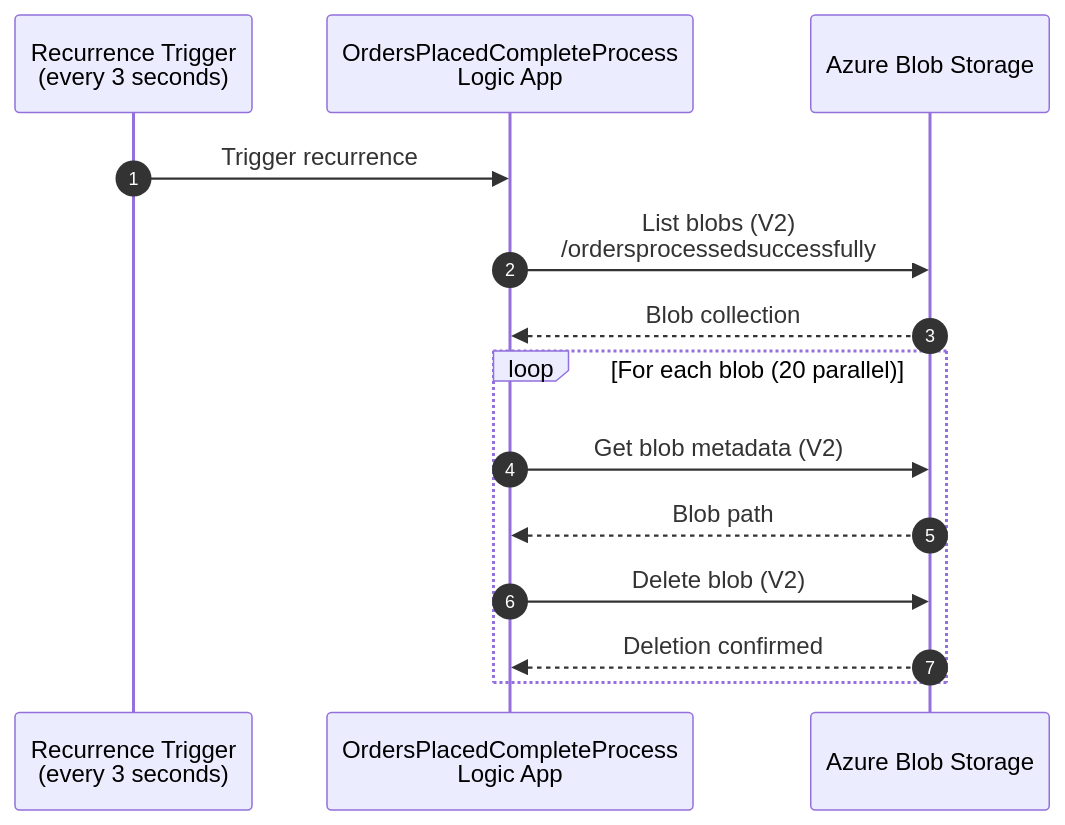
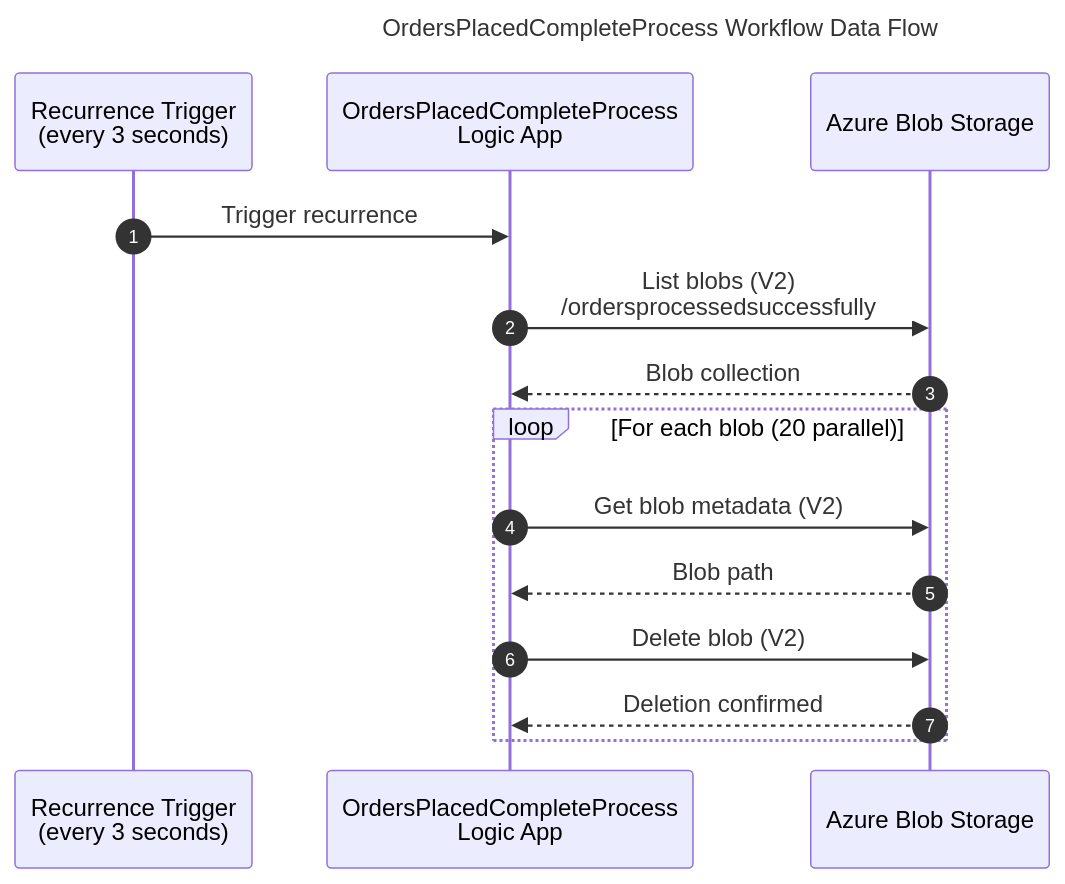
One commit to Evilazaro/Azure-LogicApps-Monitoring changed the fifth of 9 diagrams in docs/architecture/02-data-architecture.md. Above: the diagram before and after it, drawn with Mermaid. The commit also changed other lines of this file, not shown here.

Commit message:
docs: Add titles and enhance styling for mermaid diagrams in data architecture documentation for improved clarity and organization

````diff
--- a/docs/architecture/02-data-architecture.md
+++ b/docs/architecture/02-data-architecture.md
@@ -211,18 +248,24 @@
 ```mermaid
+---
+title: OrdersPlacedCompleteProcess Workflow Data Flow
+---
 sequenceDiagram
     autonumber
+    %% ===== PARTICIPANTS =====
     participant Timer as Recurrence Trigger<br/>(every 3 seconds)
     participant LA as OrdersPlacedCompleteProcess<br/>Logic App
     participant Blob as Azure Blob Storage
 
+    %% ===== TRIGGER =====
     Timer->>LA: Trigger recurrence
     LA->>Blob: List blobs (V2)<br/>/ordersprocessedsuccessfully
     Blob-->>LA: Blob collection
 
+    %% ===== BATCH PROCESSING =====
     loop For each blob (20 parallel)
         LA->>Blob: Get blob metadata (V2)
         Blob-->>LA: Blob path
         LA->>Blob: Delete blob (V2)
         Blob-->>LA: Deletion confirmed
     end
 ```
````
